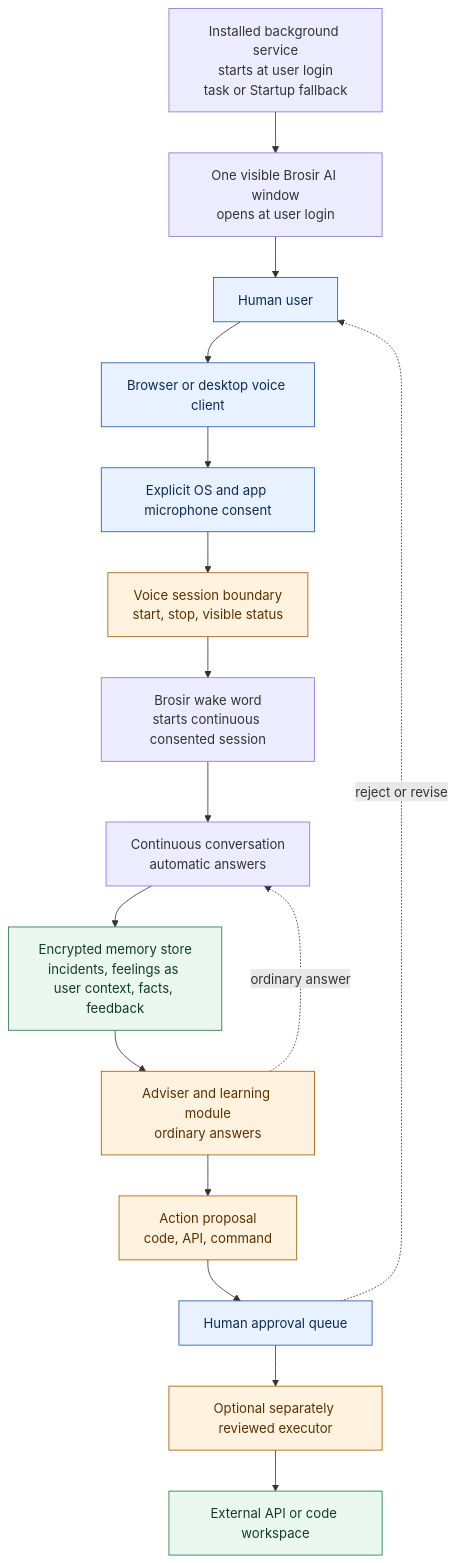
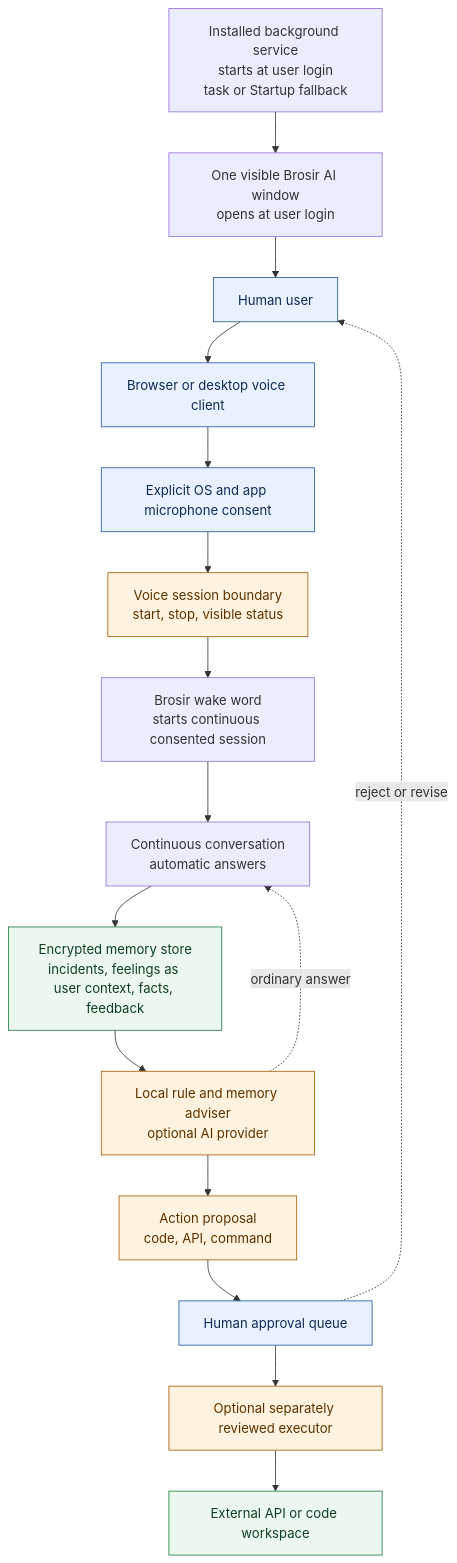
Before and after one commit to Somasundaram004/human-advisor-ai: the diagram in docs/architecture.md, drawn with Mermaid. The commit also changed other lines of this file and 3 other files, not shown here.

First line of the commit message:
feat: TEST01 add independent local adviser answers

````diff
--- a/docs/architecture.md
+++ b/docs/architecture.md
@@ -3,31 +3,31 @@
 ```mermaid
 flowchart TB
     human[Human user]
     service[Installed background service<br/>starts at user login<br/>task or Startup fallback]
     window[One visible Brosir AI window<br/>opens at user login]
     client[Browser or desktop voice client]
     consent[Explicit OS and app microphone consent]
     voice[Voice session boundary<br/>start, stop, visible status]
     wake[Brosir wake word<br/>starts continuous consented session]
     conversation[Continuous conversation<br/>automatic answers]
     memory[Encrypted memory store<br/>incidents, feelings as user context, facts, feedback]
-    adviser[Adviser and learning module<br/>ordinary answers]
+    adviser[Local rule and memory adviser<br/>optional AI provider]
     proposal[Action proposal<br/>code, API, command]
     approval[Human approval queue]
     executor[Optional separately reviewed executor]
     api[External API or code workspace]
 
     service --> window --> human
     human --> client --> consent --> voice --> wake
     wake --> conversation --> memory --> adviser
     adviser --> proposal --> approval --> executor --> api
     adviser -. ordinary answer .-> conversation
     approval -. reject or revise .-> human
 
     classDef human fill:#e8f1ff,stroke:#2457a6,color:#102a56
     classDef control fill:#fff2df,stroke:#a65b00,color:#5b3100
     classDef data fill:#eaf8ef,stroke:#237a44,color:#123d23
     class human,client,consent,approval human
     class voice,adviser,proposal,executor control
     class memory,api data
 ```
````
